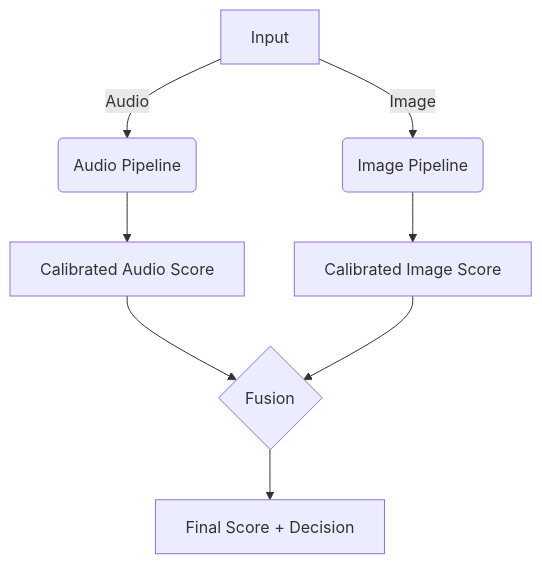
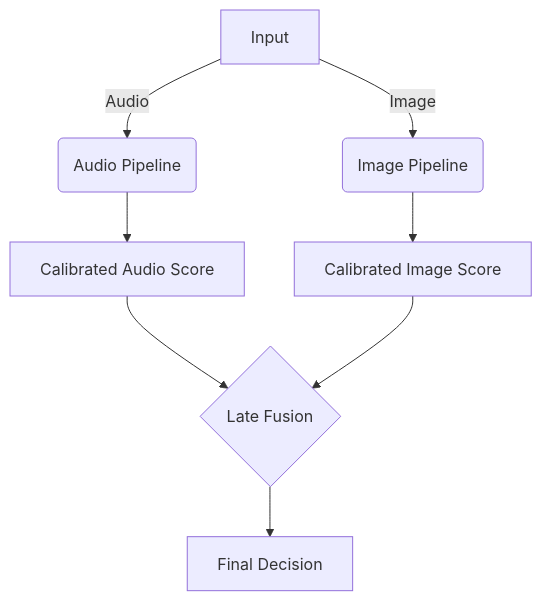
Before and after one commit to venuvarma36/DF: the first of 4 diagrams in README.md, drawn with Mermaid. The commit also changed other lines of this file and 16 other files, not shown here.

````diff
--- a/README.md
+++ b/README.md
@@ -17,10 +166,10 @@
 ```mermaid
 flowchart TD
   A[Input] -->|Audio| B(Audio Pipeline)
   A -->|Image| C(Image Pipeline)
   B --> D[Calibrated Audio Score]
   C --> E[Calibrated Image Score]
-  D --> F{Fusion}
+  D --> F{Late Fusion}
   E --> F
-  F --> G[Final Score + Decision]
+  F --> G[Final Decision]
 ```
````
